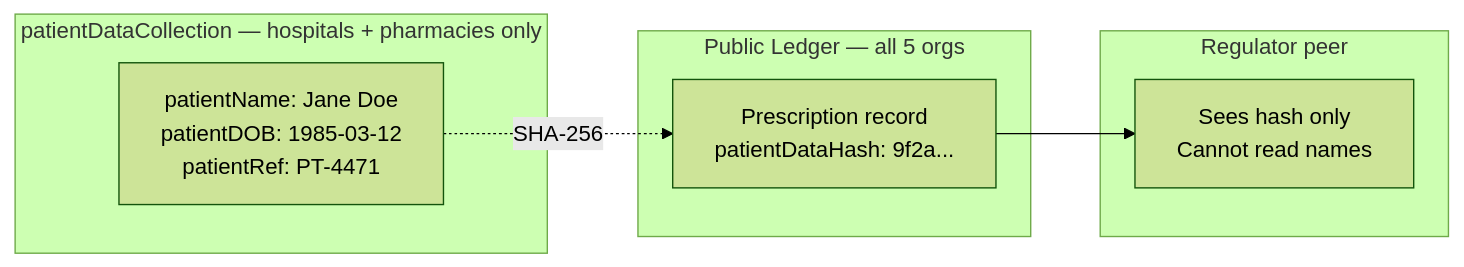
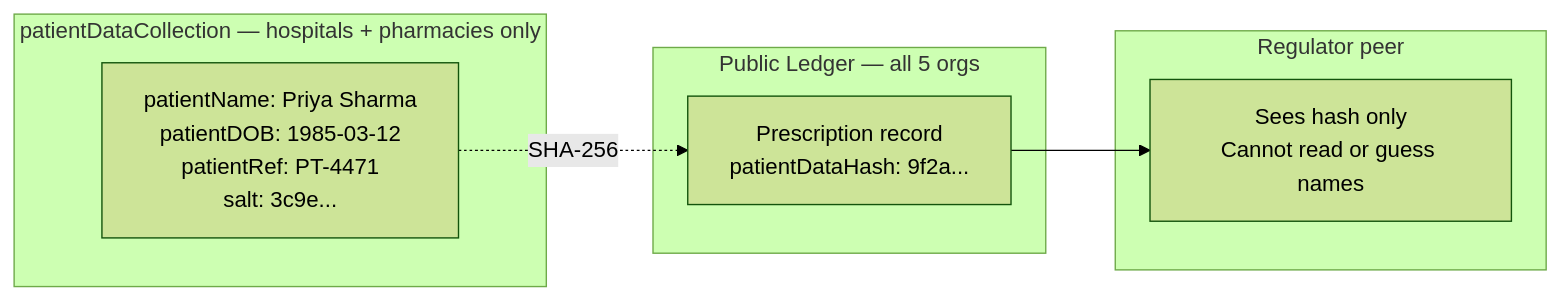
The tenth of 11 diagrams in docs/design.md (nithinvin/medledger), drawn with Mermaid (forest theme) before and after one commit. The commit also changed other lines of this file and 7 other files, not shown here.

````diff
--- a/docs/design.md
+++ b/docs/design.md
@@ -467,17 +524,17 @@
 ```mermaid
 graph LR
     subgraph Public["Public Ledger — all 5 orgs"]
         PUB[Prescription record<br/>patientDataHash: 9f2a...]
     end
 
     subgraph Private["patientDataCollection — hospitals + pharmacies only"]
-        PRIV[patientName: Jane Doe<br/>patientDOB: 1985-03-12<br/>patientRef: PT-4471]
+        PRIV[patientName: Priya Sharma<br/>patientDOB: 1985-03-12<br/>patientRef: PT-4471<br/>salt: 3c9e...]
     end
 
     subgraph Excluded["Regulator peer"]
-        EX[Sees hash only<br/>Cannot read names]
+        EX[Sees hash only<br/>Cannot read or guess names]
     end
 
     PRIV -.->|SHA-256| PUB
     PUB --> EX
 ```
````
